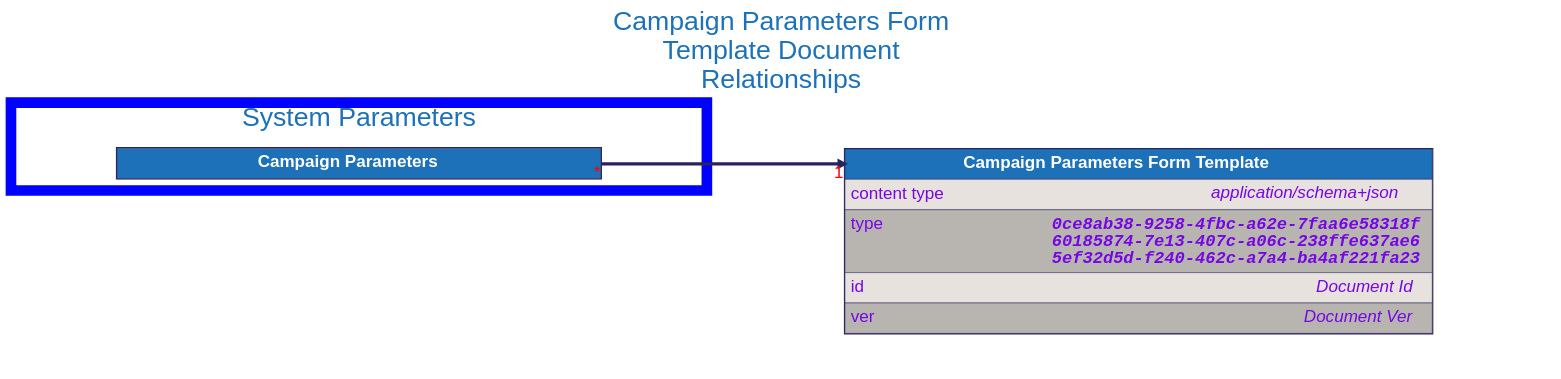
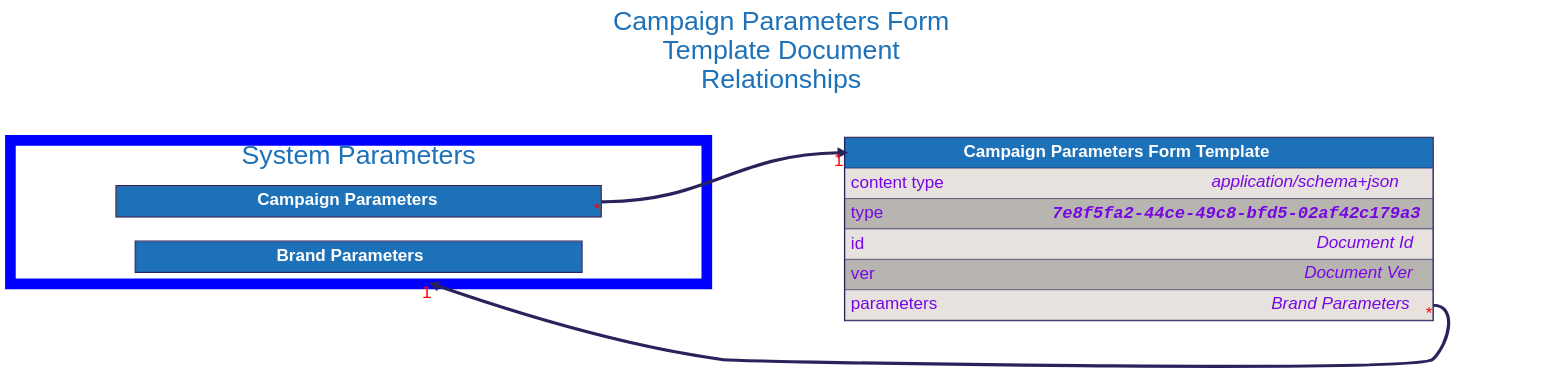
Before and after one commit to input-output-hk/catalyst-libs: the diagram in docs/src/architecture/08_concepts/signed_doc/diagrams/campaign_parameters_form_template.dot, drawn with Graphviz. The commit also changed 466 other files, not shown here.

```diff
--- a/docs/src/architecture/08_concepts/signed_doc/diagrams/campaign_parameters_form_template.dot
+++ b/docs/src/architecture/08_concepts/signed_doc/diagrams/campaign_parameters_form_template.dot
@@ -1,94 +1,120 @@
 digraph "Campaign Parameters Form Template" {
     rankdir="LR"
     graph [fontname="helvetica", fontsize="32", fontcolor="#29235c", bgcolor="white"];
     node [penwidth="0", margin="0", fontname="helvetica", fontsize="32", fontcolor="#29235c"];
     edge [fontname="helvetica", fontsize="32", fontcolor="red", color="#29235c"];
 
     labelloc="t"
     label="Campaign Parameters Form
 Template Document
 Relationships"
     fontcolor="#1d71b8"
     fontsize=50
     compound=true
 
 
+
+    subgraph cluster_system_parameters {
+        label = "System Parameters";
+        color=blue
+        penwidth=20
+
+        "Brand Parameters" [
+            id="Brand Parameters";
+            label=<
+                <TABLE BORDER="2" COLOR="#29235c" CELLBORDER="1" CELLSPACING="0" CELLPADDING="10">
+                <TR>
+                    <TD PORT="title" BGCOLOR="#1d71b8" HREF="../brand_parameters/">
+                        <FONT COLOR="#ffffff"><B> Brand Parameters </B></FONT>
+                    </TD>
+                </TR>
+
+                </TABLE>
+            >
+        ];
+
+
+        "Campaign Parameters" [
+            id="Campaign Parameters";
+            label=<
+                <TABLE BORDER="2" COLOR="#29235c" CELLBORDER="1" CELLSPACING="0" CELLPADDING="10">
+                <TR>
+                    <TD PORT="title" BGCOLOR="#1d71b8" HREF="../campaign_parameters/">
+                        <FONT COLOR="#ffffff"><B> Campaign Parameters </B></FONT>
+                    </TD>
+                </TR>
+
+                </TABLE>
+            >
+        ];
+
+    }
 
     "Campaign Parameters Form Template" [
         id="Campaign Parameters Form Template";
         label=<
             <TABLE BORDER="2" COLOR="#29235c" CELLBORDER="1" CELLSPACING="0" CELLPADDING="10">
             <TR>
                 <TD PORT="title" BGCOLOR="#1d71b8" HREF="../campaign_parameters_form_template/">
                     <FONT COLOR="#ffffff"><B> Campaign Parameters Form Template </B></FONT>
                 </TD>
             </TR>
             <TR>
                 <TD ALIGN="LEFT" PORT="content type" BGCOLOR="#e7e2dd">
                     <TABLE CELLPADDING="0" CELLSPACING="0" BORDER="0">
                         <TR>
                             <TD ALIGN="LEFT" VALIGN="TOP" WIDTH="200"><FONT COLOR="#7706E5">content type</FONT></TD>
                             <TD ALIGN="RIGHT"><FONT COLOR="#7706E5"><I>application/schema+json</I></FONT></TD>
                         </TR>
                     </TABLE>
                 </TD>
             </TR>
             <TR>
                 <TD ALIGN="LEFT" PORT="type" BGCOLOR="#b8b5b0">
                     <TABLE CELLPADDING="0" CELLSPACING="0" BORDER="0">
                         <TR>
                             <TD ALIGN="LEFT" VALIGN="TOP" WIDTH="200"><FONT COLOR="#7706E5">type</FONT></TD>
-                            <TD ALIGN="RIGHT"><FONT FACE="Courier" COLOR="#7706E5"><B><I>0ce8ab38-9258-4fbc-a62e-7faa6e58318f<BR />60185874-7e13-407c-a06c-238ffe637ae6<BR />5ef32d5d-f240-462c-a7a4-ba4af221fa23</I></B></FONT></TD>
+                            <TD ALIGN="RIGHT"><FONT FACE="Courier" COLOR="#7706E5"><B><I>7e8f5fa2-44ce-49c8-bfd5-02af42c179a3</I></B></FONT></TD>
                         </TR>
                     </TABLE>
                 </TD>
             </TR>
             <TR>
                 <TD ALIGN="LEFT" PORT="id" BGCOLOR="#e7e2dd">
                     <TABLE CELLPADDING="0" CELLSPACING="0" BORDER="0">
                         <TR>
                             <TD ALIGN="LEFT" VALIGN="TOP" WIDTH="200"><FONT COLOR="#7706E5">id</FONT></TD>
                             <TD ALIGN="RIGHT"><FONT COLOR="#7706E5"><I>Document Id</I></FONT></TD>
                         </TR>
                     </TABLE>
                 </TD>
             </TR>
             <TR>
                 <TD ALIGN="LEFT" PORT="ver" BGCOLOR="#b8b5b0">
                     <TABLE CELLPADDING="0" CELLSPACING="0" BORDER="0">
                         <TR>
                             <TD ALIGN="LEFT" VALIGN="TOP" WIDTH="200"><FONT COLOR="#7706E5">ver</FONT></TD>
                             <TD ALIGN="RIGHT"><FONT COLOR="#7706E5"><I>Document Ver</I></FONT></TD>
                         </TR>
                     </TABLE>
                 </TD>
             </TR>
+            <TR>
+                <TD ALIGN="LEFT" PORT="parameters" BGCOLOR="#e7e2dd">
+                    <TABLE CELLPADDING="0" CELLSPACING="0" BORDER="0">
+                        <TR>
+                            <TD ALIGN="LEFT" VALIGN="TOP" WIDTH="200"><FONT COLOR="#7706E5">parameters</FONT></TD>
+                            <TD ALIGN="RIGHT"><FONT COLOR="#7706E5"><I>Brand Parameters</I></FONT></TD>
+                        </TR>
+                    </TABLE>
+                </TD>
+            </TR>
 
             </TABLE>
         >
     ];
 
 
-    subgraph cluster_system_parameters {
-        label = "System Parameters";
-        color=blue
-        penwidth=20
-
-        "Campaign Parameters" [
-            id="Campaign Parameters";
-            label=<
-                <TABLE BORDER="2" COLOR="#29235c" CELLBORDER="1" CELLSPACING="0" CELLPADDING="10">
-                <TR>
-                    <TD PORT="title" BGCOLOR="#1d71b8" HREF="../campaign_parameters/">
-                        <FONT COLOR="#ffffff"><B> Campaign Parameters </B></FONT>
-                    </TD>
-                </TR>
-
-                </TABLE>
-            >
-        ];
-
-    }
-
+    "Campaign Parameters Form Template":"parameters":e -> "Brand Parameters" [dir=forward, penwidth=6, color="#29235c", headlabel="1", taillabel="*", lhead="cluster_system_parameters"]
     "Campaign Parameters":"title":e -> "Campaign Parameters Form Template":"title":w [dir=forward, penwidth=6, color="#29235c", headlabel="1", taillabel="*"]
 }
```
